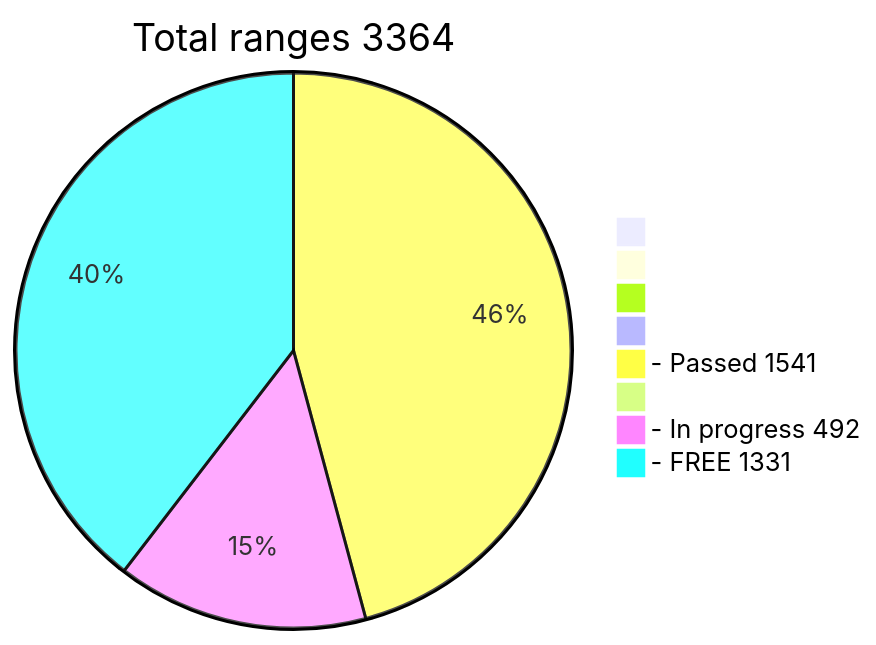
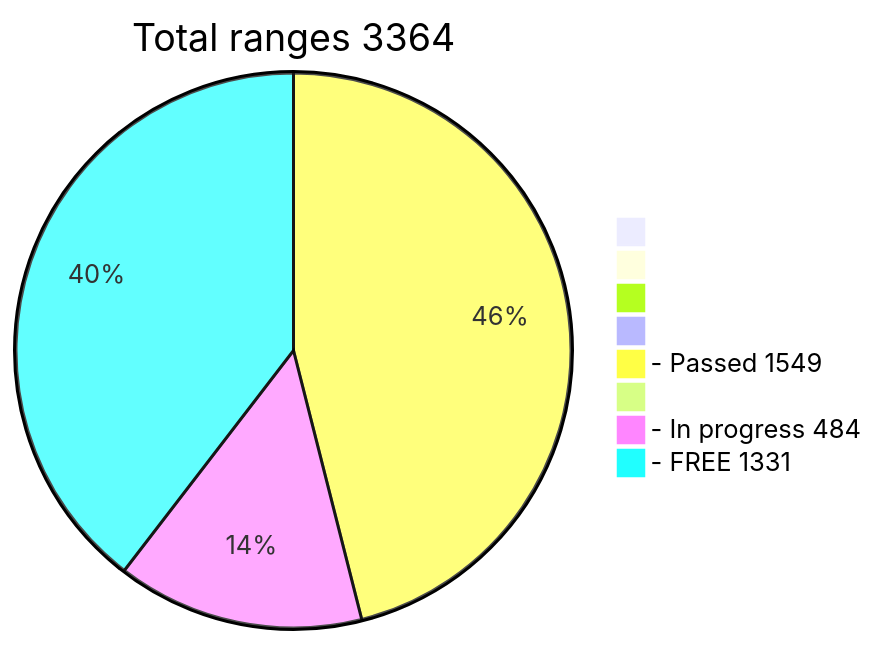
Before and after one commit to phrutis/wif500: the diagram in README.md, drawn with Mermaid.

````diff
--- a/README.md
+++ b/README.md
@@ -16,12 +16,12 @@
 ```mermaid
 pie title Total ranges 3364
              " " : 0
             "  " : 0
            "   " : 0
           "    " : 0
-  "- Passed 1541" : 1541
+  "- Passed 1549" : 1549
          "     " : 0
-  "- In progress 492" : 492
+  "- In progress 484" : 484
    "- FREE 1331" : 1331
    
 ```
````
